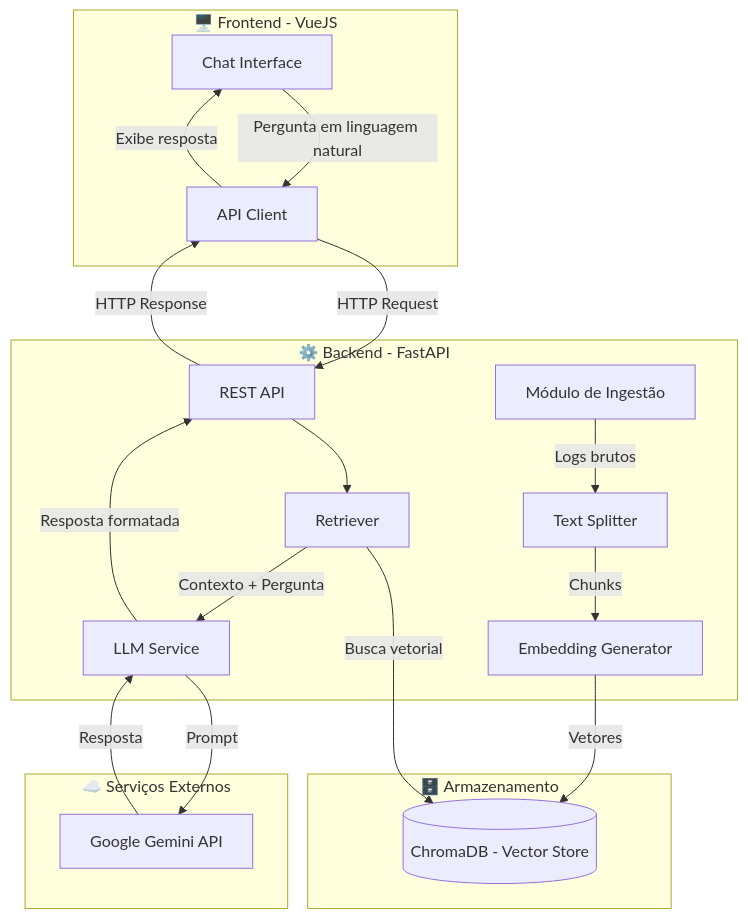
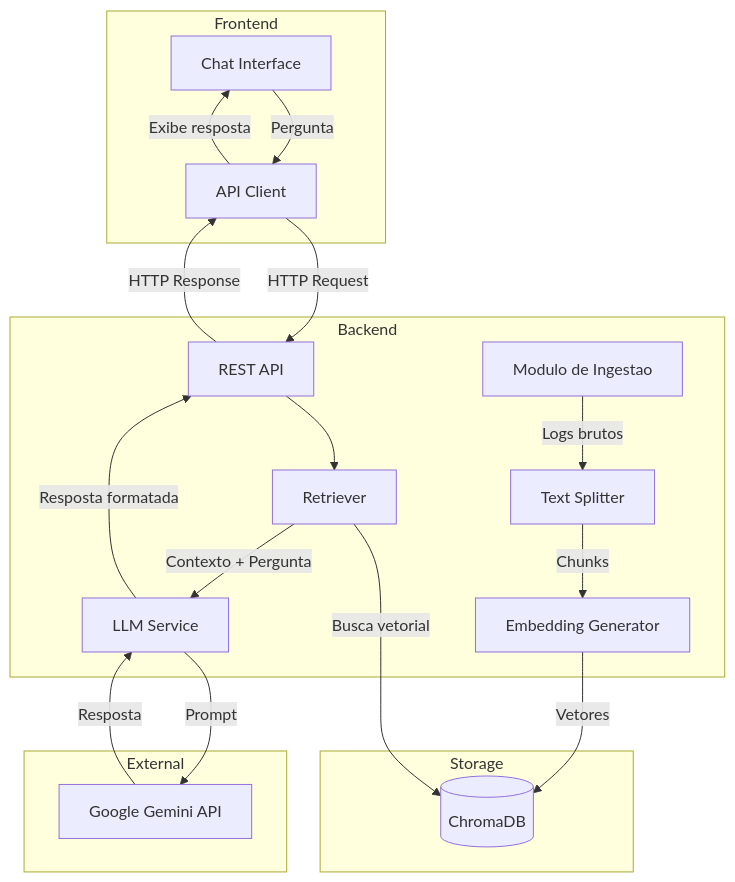
The first of 3 diagrams in README.md (IA-para-DEVs-SD/grupo-2-semantic-log-explorer), drawn with Mermaid before and after one commit. The commit also changed other lines of this file, not shown here.

First line of the commit message:
docs(README): Simplify diagram labels and remove special characters

````diff
--- a/README.md
+++ b/README.md
@@ -27,39 +27,39 @@
 ```mermaid
 graph TB
-    subgraph Frontend["🖥️ Frontend - VueJS"]
+    subgraph Frontend
         UI[Chat Interface]
         API_CLIENT[API Client]
     end
 
-    subgraph Backend["⚙️ Backend - FastAPI"]
+    subgraph Backend
         API[REST API]
-        INGEST[Módulo de Ingestão]
+        INGEST[Modulo de Ingestao]
         CHUNKER[Text Splitter]
         EMBEDDER[Embedding Generator]
         RETRIEVER[Retriever]
         LLM_SERVICE[LLM Service]
     end
 
-    subgraph Storage["🗄️ Armazenamento"]
-        CHROMADB[(ChromaDB - Vector Store)]
+    subgraph Storage
+        CHROMADB[(ChromaDB)]
     end
 
-    subgraph External["☁️ Serviços Externos"]
+    subgraph External
         GEMINI[Google Gemini API]
     end
 
-    UI -->|Pergunta em linguagem natural| API_CLIENT
+    UI -->|Pergunta| API_CLIENT
     API_CLIENT -->|HTTP Request| API
     API --> RETRIEVER
     RETRIEVER -->|Busca vetorial| CHROMADB
     RETRIEVER -->|Contexto + Pergunta| LLM_SERVICE
     LLM_SERVICE -->|Prompt| GEMINI
     GEMINI -->|Resposta| LLM_SERVICE
     LLM_SERVICE -->|Resposta formatada| API
     API -->|HTTP Response| API_CLIENT
     API_CLIENT -->|Exibe resposta| UI
 
     INGEST -->|Logs brutos| CHUNKER
     CHUNKER -->|Chunks| EMBEDDER
     EMBEDDER -->|Vetores| CHROMADB
 ```
````
